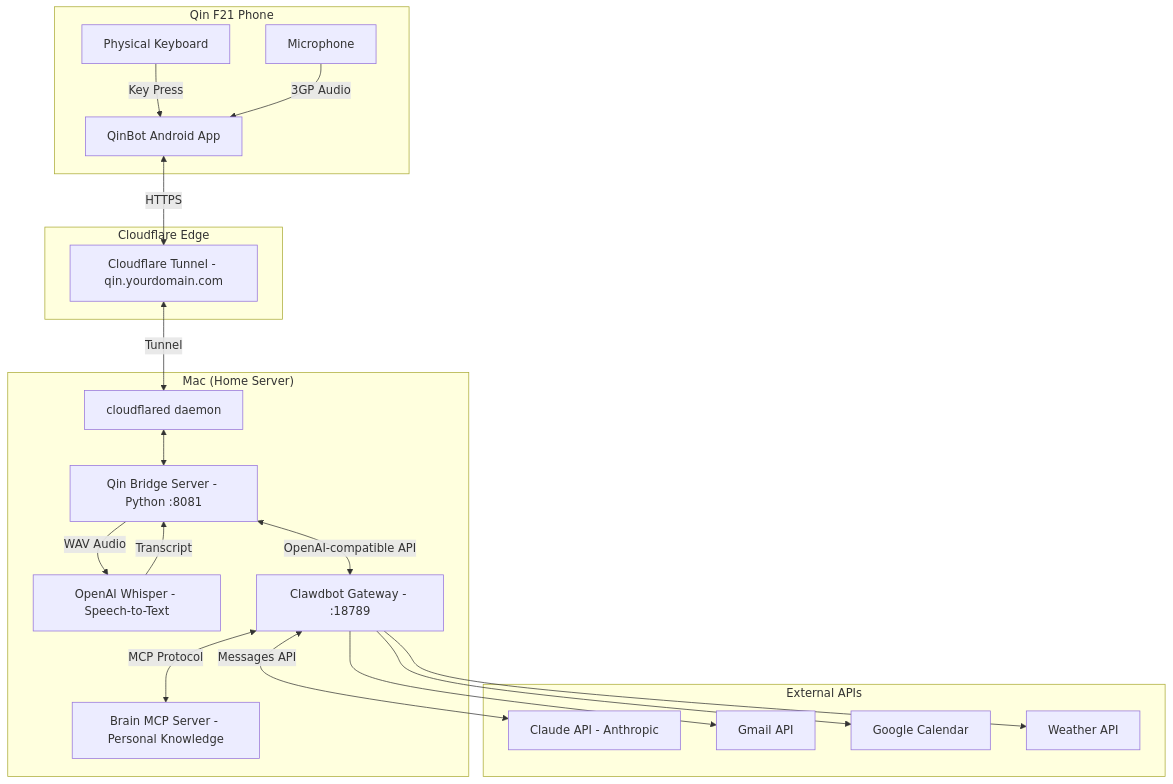
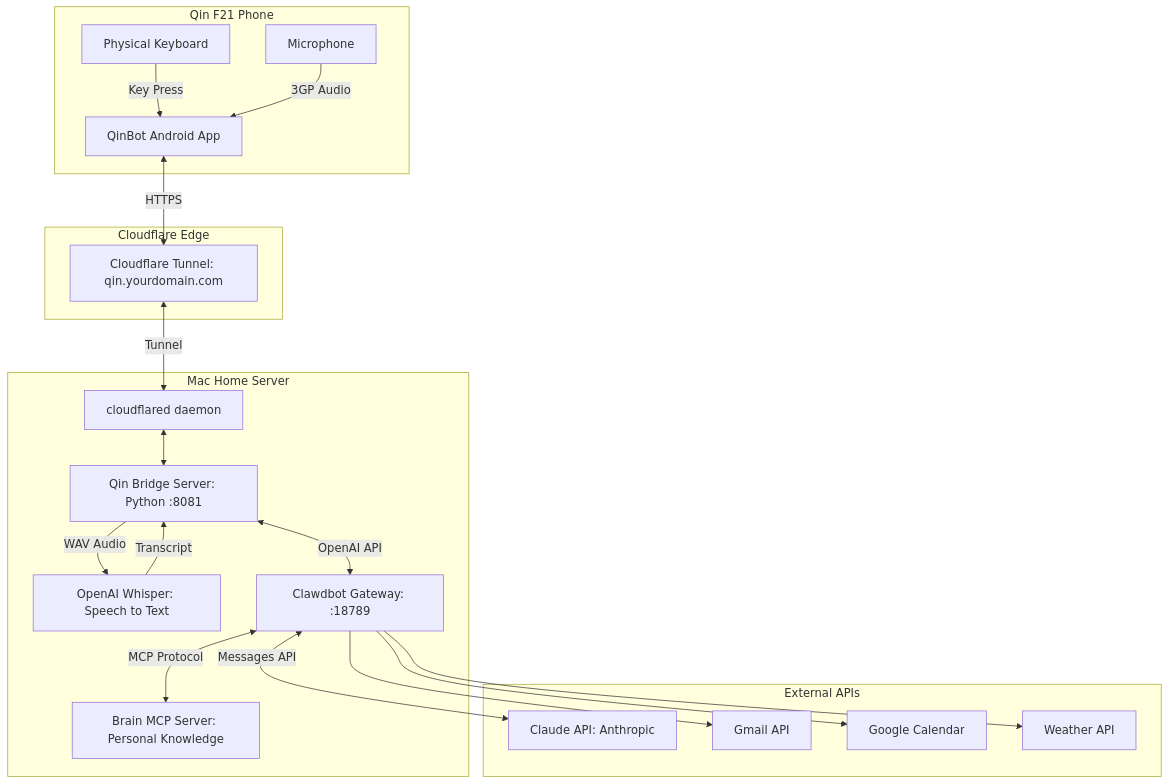
One commit to mordechaipotash/qinbot changed the fourth of 5 diagrams in README.md. Above: the diagram before and after it, drawn with Mermaid. The commit also changed other lines of this file, not shown here.

First line of the commit message:
fix: Mermaid diagram syntax for GitHub rendering

````diff
--- a/README.md
+++ b/README.md
@@ -248,41 +248,41 @@
 ```mermaid
 graph TB
-    subgraph "Qin F21 Phone"
+    subgraph QinPhone["Qin F21 Phone"]
         QIN[QinBot Android App]
         MIC[Microphone]
         KB[Physical Keyboard]
     end
     
-    subgraph "Cloudflare Edge"
-        CF[Cloudflare Tunnel - qin.yourdomain.com]
+    subgraph CloudflareEdge["Cloudflare Edge"]
+        CF["Cloudflare Tunnel: qin.yourdomain.com"]
     end
     
-    subgraph "Mac (Home Server)"
-        BRIDGE[Qin Bridge Server - Python :8081]
-        WHISPER[OpenAI Whisper - Speech-to-Text]
-        CLAWDBOT[Clawdbot Gateway - :18789]
+    subgraph MacServer["Mac Home Server"]
+        BRIDGE["Qin Bridge Server: Python :8081"]
+        WHISPER["OpenAI Whisper: Speech to Text"]
+        CLAWDBOT["Clawdbot Gateway: :18789"]
         TUNNEL[cloudflared daemon]
-        BRAIN[Brain MCP Server - Personal Knowledge]
+        BRAIN["Brain MCP Server: Personal Knowledge"]
     end
     
-    subgraph "External APIs"
-        CLAUDE[Claude API - Anthropic]
+    subgraph ExternalAPIs["External APIs"]
+        CLAUDE["Claude API: Anthropic"]
         GMAIL[Gmail API]
         GCAL[Google Calendar]
         WEATHER[Weather API]
     end
     
     KB -->|Key Press| QIN
     MIC -->|3GP Audio| QIN
     QIN <-->|HTTPS| CF
     CF <-->|Tunnel| TUNNEL
     TUNNEL <--> BRIDGE
     BRIDGE -->|WAV Audio| WHISPER
     WHISPER -->|Transcript| BRIDGE
-    BRIDGE <-->|OpenAI-compatible API| CLAWDBOT
+    BRIDGE <-->|OpenAI API| CLAWDBOT
     CLAWDBOT <-->|Messages API| CLAUDE
     CLAWDBOT <-->|MCP Protocol| BRAIN
     CLAWDBOT --> GMAIL
     CLAWDBOT --> GCAL
     CLAWDBOT --> WEATHER
 ```
````
